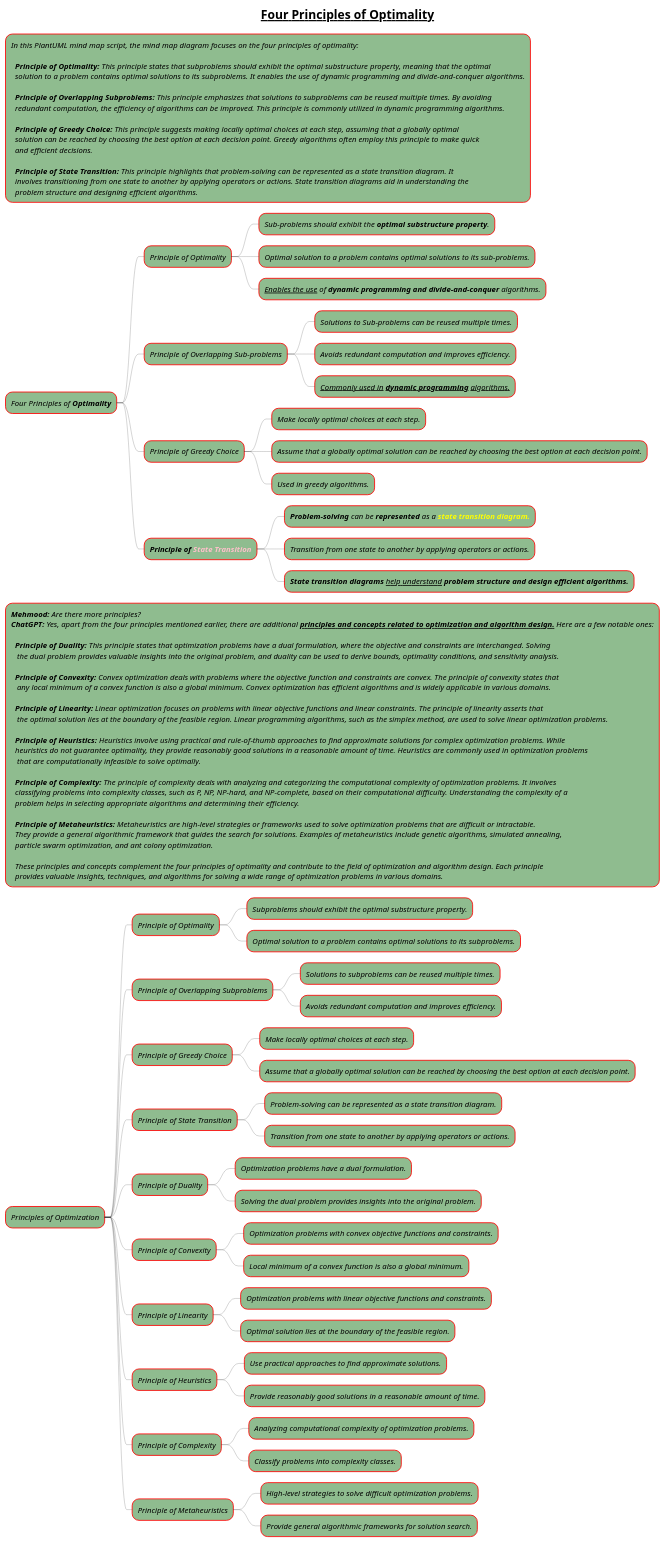
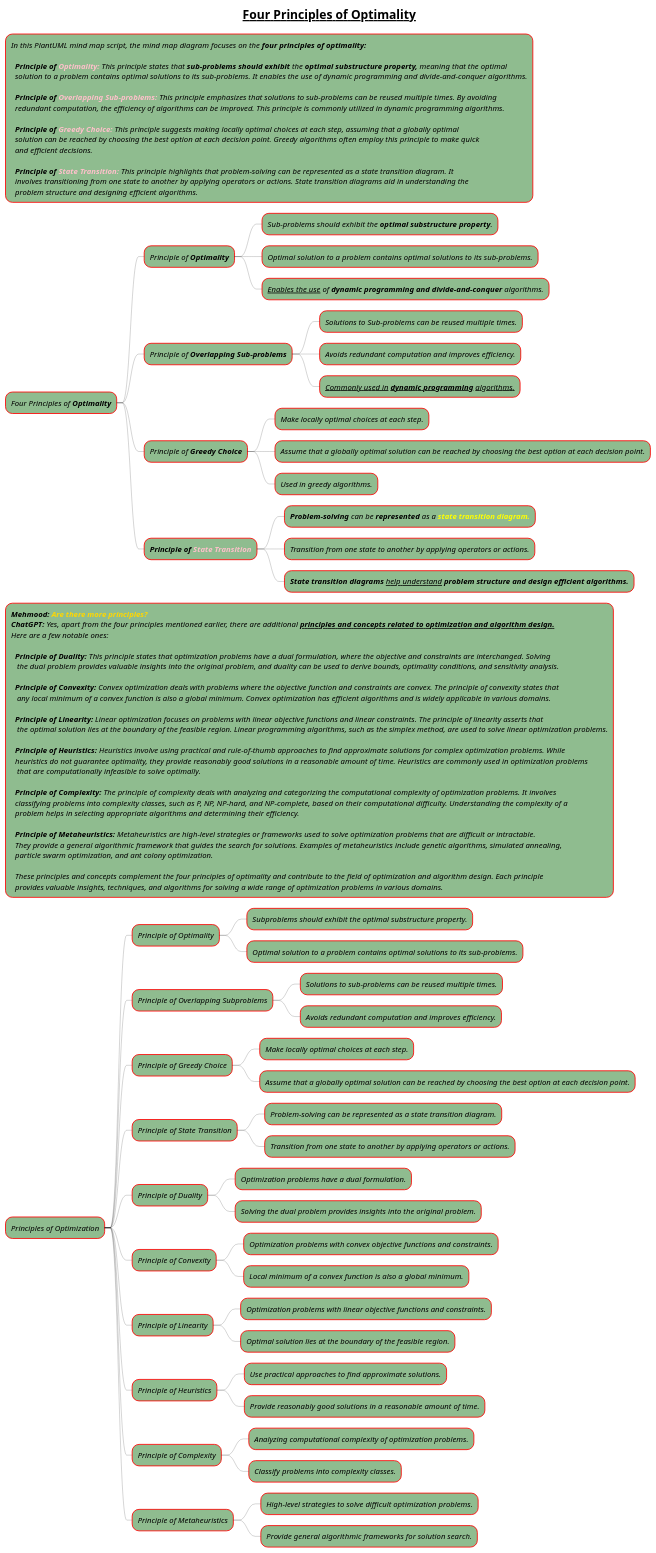
One commit to MehmoodHashmi/Documentation-as-Code-DaC changed the diagram in docs/books/1-books-backlog/data-structure-and-algorithm/Algorithms-Four-Principles-of-optimality.puml. Above: the diagram before and after it, drawn with PlantUML. The commit also changed 4 other files, not shown here.

```diff
--- a/docs/books/1-books-backlog/data-structure-and-algorithm/Algorithms-Four-Principles-of-optimality.puml
+++ b/docs/books/1-books-backlog/data-structure-and-algorithm/Algorithms-Four-Principles-of-optimality.puml
@@ -1,124 +1,125 @@
 @startmindmap
 
 skinparam node {
   BackgroundColor DarkSeaGreen
   BorderColor red
   FontStyle italic
 '  italic, bold
 }
 
 skinparam arrow {
   Color black
   Thickness 0.3
 }
 
 title =__ Four Principles of Optimality__
 
-*:In this PlantUML mind map script, the mind map diagram focuses on the four principles of optimality:
+*:In this PlantUML mind map script, the mind map diagram focuses on the **four principles of optimality:**
 
-  **Principle of Optimality:** This principle states that subproblems should exhibit the optimal substructure property, meaning that the optimal
-  solution to a problem contains optimal solutions to its subproblems. It enables the use of dynamic programming and divide-and-conquer algorithms.
+  **Principle of** <color #pink>**Optimality:**</color> This principle states that **sub-problems should exhibit** the **optimal substructure property,** meaning that the optimal
+  solution to a problem contains optimal solutions to its sub-problems. It enables the use of dynamic programming and divide-and-conquer algorithms.
 
-  **Principle of Overlapping Subproblems:** This principle emphasizes that solutions to subproblems can be reused multiple times. By avoiding
+  **Principle of** <color #pink>**Overlapping Sub-problems:**</color> This principle emphasizes that solutions to sub-problems can be reused multiple times. By avoiding
   redundant computation, the efficiency of algorithms can be improved. This principle is commonly utilized in dynamic programming algorithms.
 
-  **Principle of Greedy Choice:** This principle suggests making locally optimal choices at each step, assuming that a globally optimal
+  **Principle of** <color #pink>**Greedy Choice:**</color> This principle suggests making locally optimal choices at each step, assuming that a globally optimal
   solution can be reached by choosing the best option at each decision point. Greedy algorithms often employ this principle to make quick
   and efficient decisions.
 
-  **Principle of State Transition:** This principle highlights that problem-solving can be represented as a state transition diagram. It
+  **Principle of** <color #pink>**State Transition:**</color> This principle highlights that problem-solving can be represented as a state transition diagram. It
   involves transitioning from one state to another by applying operators or actions. State transition diagrams aid in understanding the
   problem structure and designing efficient algorithms.;
 
 * Four Principles of **Optimality**
-** Principle of Optimality
+** Principle of **Optimality**
 *** Sub-problems should exhibit the **optimal substructure property**.
 *** Optimal solution to a problem contains optimal solutions to its sub-problems.
 *** __Enables the use__ of **dynamic programming and divide-and-conquer** algorithms.
 
-** Principle of Overlapping Sub-problems
+** Principle of **Overlapping Sub-problems**
 *** Solutions to Sub-problems can be reused multiple times.
 *** Avoids redundant computation and improves efficiency.
 *** __Commonly used in **dynamic programming** algorithms.__
 
-** Principle of Greedy Choice
+** Principle of **Greedy Choice**
 *** Make locally optimal choices at each step.
 *** Assume that a globally optimal solution can be reached by choosing the best option at each decision point.
 *** Used in greedy algorithms.
 
 ** **Principle of **<color #pink>**State Transition**</color>
 *** **Problem-solving** can be **represented** as a <color #yellow>**state transition diagram.**</color>
 *** Transition from one state to another by applying operators or actions.
 *** **State transition diagrams** __help understand__ **problem structure and design efficient algorithms.**
 
-*:**Mehmood:** Are there more principles?
-**ChatGPT:** Yes, apart from the four principles mentioned earlier, there are additional **__principles and concepts related to optimization and algorithm design.__** Here are a few notable ones:
+*:**Mehmood:** <color #gold>**Are there more principles?**</color>
+**ChatGPT:** Yes, apart from the four principles mentioned earlier, there are additional **__principles and concepts related to optimization and algorithm design.__**
+Here are a few notable ones:
 
   **Principle of Duality:** This principle states that optimization problems have a dual formulation, where the objective and constraints are interchanged. Solving
    the dual problem provides valuable insights into the original problem, and duality can be used to derive bounds, optimality conditions, and sensitivity analysis.
 
   **Principle of Convexity:** Convex optimization deals with problems where the objective function and constraints are convex. The principle of convexity states that
    any local minimum of a convex function is also a global minimum. Convex optimization has efficient algorithms and is widely applicable in various domains.
 
   **Principle of Linearity:** Linear optimization focuses on problems with linear objective functions and linear constraints. The principle of linearity asserts that
    the optimal solution lies at the boundary of the feasible region. Linear programming algorithms, such as the simplex method, are used to solve linear optimization problems.
 
   **Principle of Heuristics:** Heuristics involve using practical and rule-of-thumb approaches to find approximate solutions for complex optimization problems. While
   heuristics do not guarantee optimality, they provide reasonably good solutions in a reasonable amount of time. Heuristics are commonly used in optimization problems
    that are computationally infeasible to solve optimally.
 
   **Principle of Complexity:** The principle of complexity deals with analyzing and categorizing the computational complexity of optimization problems. It involves
   classifying problems into complexity classes, such as P, NP, NP-hard, and NP-complete, based on their computational difficulty. Understanding the complexity of a
   problem helps in selecting appropriate algorithms and determining their efficiency.
 
   **Principle of Metaheuristics:** Metaheuristics are high-level strategies or frameworks used to solve optimization problems that are difficult or intractable.
   They provide a general algorithmic framework that guides the search for solutions. Examples of metaheuristics include genetic algorithms, simulated annealing,
   particle swarm optimization, and ant colony optimization.
 
   These principles and concepts complement the four principles of optimality and contribute to the field of optimization and algorithm design. Each principle
   provides valuable insights, techniques, and algorithms for solving a wide range of optimization problems in various domains.;
 
 * Principles of Optimization
 
 ** Principle of Optimality
 *** Subproblems should exhibit the optimal substructure property.
-*** Optimal solution to a problem contains optimal solutions to its subproblems.
+*** Optimal solution to a problem contains optimal solutions to its sub-problems.
 
 ** Principle of Overlapping Subproblems
-*** Solutions to subproblems can be reused multiple times.
+*** Solutions to sub-problems can be reused multiple times.
 *** Avoids redundant computation and improves efficiency.
 
 ** Principle of Greedy Choice
 *** Make locally optimal choices at each step.
 *** Assume that a globally optimal solution can be reached by choosing the best option at each decision point.
 
 ** Principle of State Transition
 *** Problem-solving can be represented as a state transition diagram.
 *** Transition from one state to another by applying operators or actions.
 
 ** Principle of Duality
 *** Optimization problems have a dual formulation.
 *** Solving the dual problem provides insights into the original problem.
 
 ** Principle of Convexity
 *** Optimization problems with convex objective functions and constraints.
 *** Local minimum of a convex function is also a global minimum.
 
 ** Principle of Linearity
 *** Optimization problems with linear objective functions and constraints.
 *** Optimal solution lies at the boundary of the feasible region.
 
 ** Principle of Heuristics
 *** Use practical approaches to find approximate solutions.
 *** Provide reasonably good solutions in a reasonable amount of time.
 
 ** Principle of Complexity
 *** Analyzing computational complexity of optimization problems.
 *** Classify problems into complexity classes.
 
 ** Principle of Metaheuristics
 *** High-level strategies to solve difficult optimization problems.
 *** Provide general algorithmic frameworks for solution search.
 
 
 @endmindmap
```
